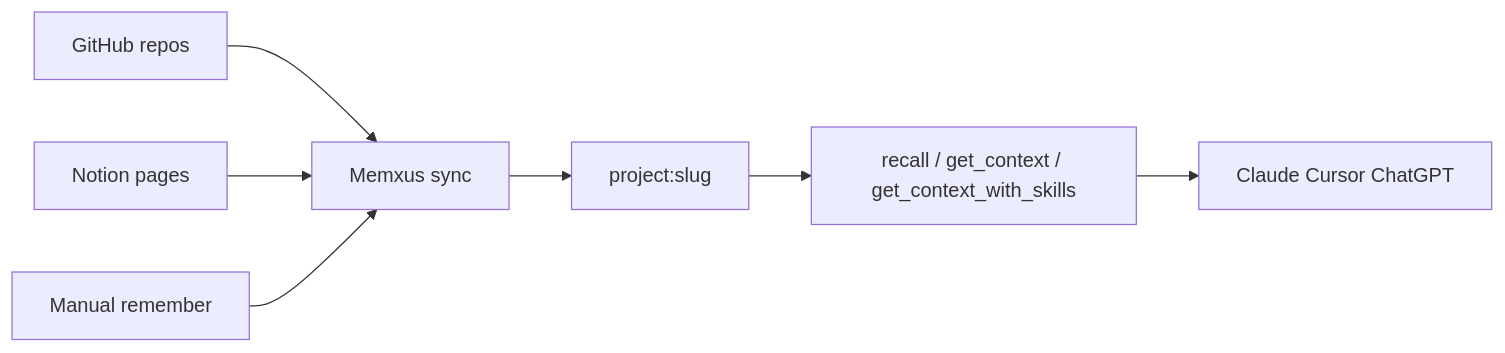
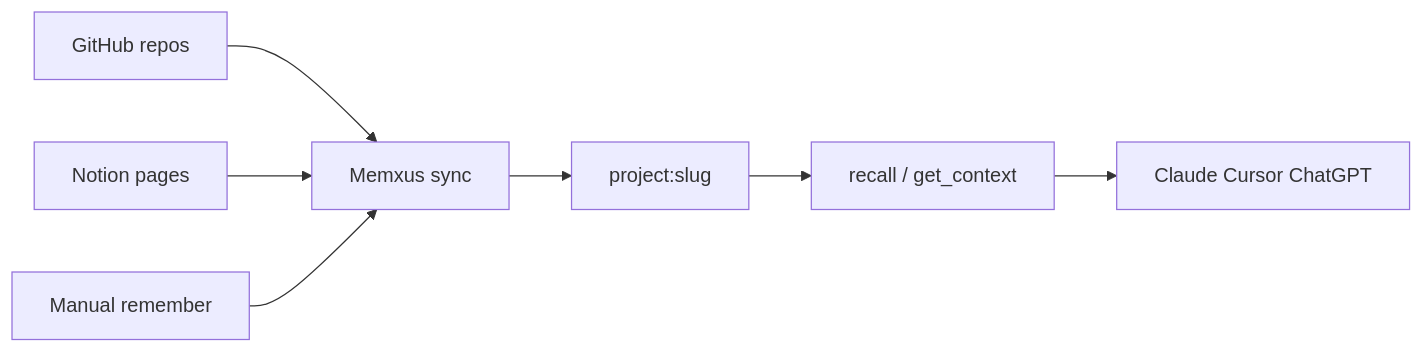
One commit to gpitrella/memxus-remote-mcp changed the diagram in README.md. Above: the diagram before and after it, drawn with Mermaid. The commit also changed other lines of this file and 8 other files, not shown here.

````diff
--- a/README.md
+++ b/README.md
@@ -91,9 +90,9 @@
 ```mermaid
 flowchart LR
   GitHub[GitHub repos] --> Sync[Memxus sync]
   Notion[Notion pages] --> Sync
   Manual[Manual remember] --> Sync
   Sync --> Collection["project:slug"]
-  Collection --> Tools["recall / get_context / get_context_with_skills"]
+  Collection --> Tools["recall / get_context"]
   Tools --> Clients[Claude Cursor ChatGPT]
 ```
````
